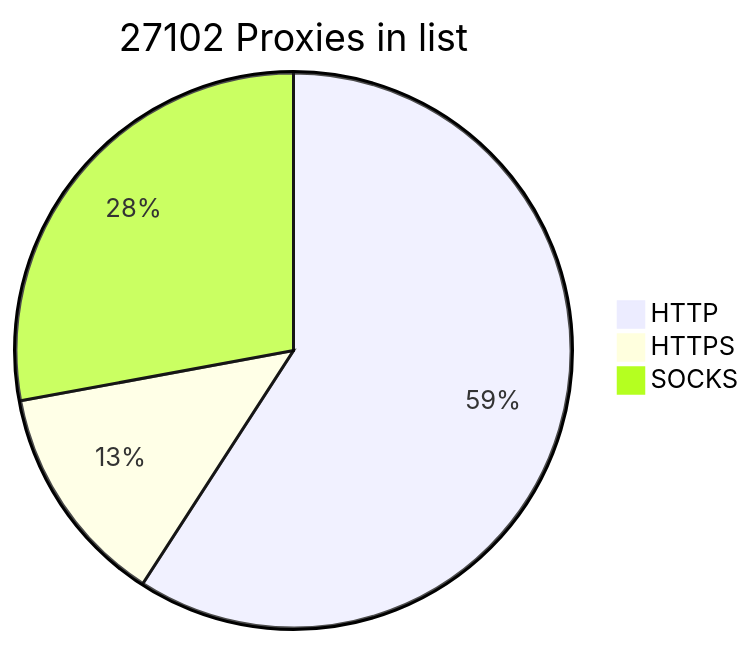
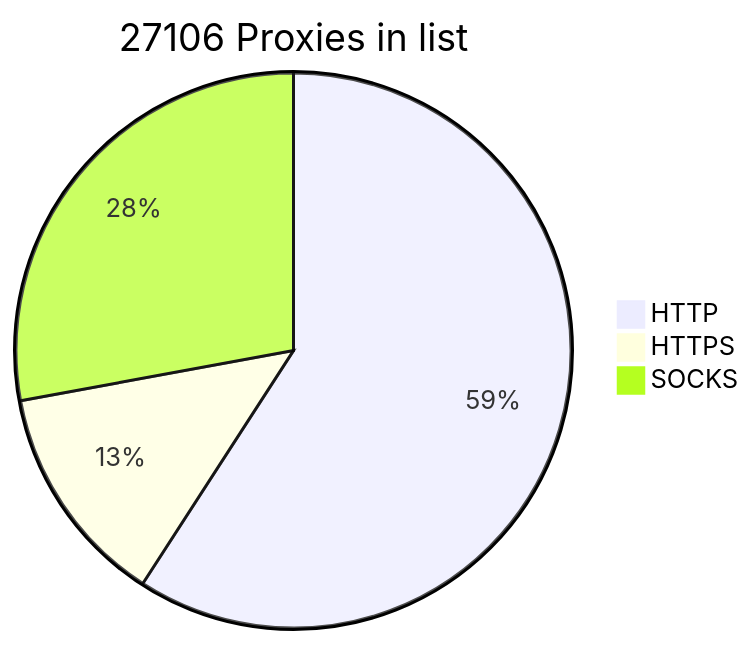
One commit to BlackSnowDot/proxylist-update-every-minute changed the diagram in README.md. Above: the diagram before and after it, drawn with Mermaid.

````diff
--- a/README.md
+++ b/README.md
@@ -2,6 +2,6 @@
 ```mermaid
-pie title 27102 Proxies in list
-    "HTTP" : 17664
-    "HTTPS": 3873
+pie title 27106 Proxies in list
+    "HTTP" : 17667
+    "HTTPS": 3874
     "SOCKS" : 8335
 ```
````
